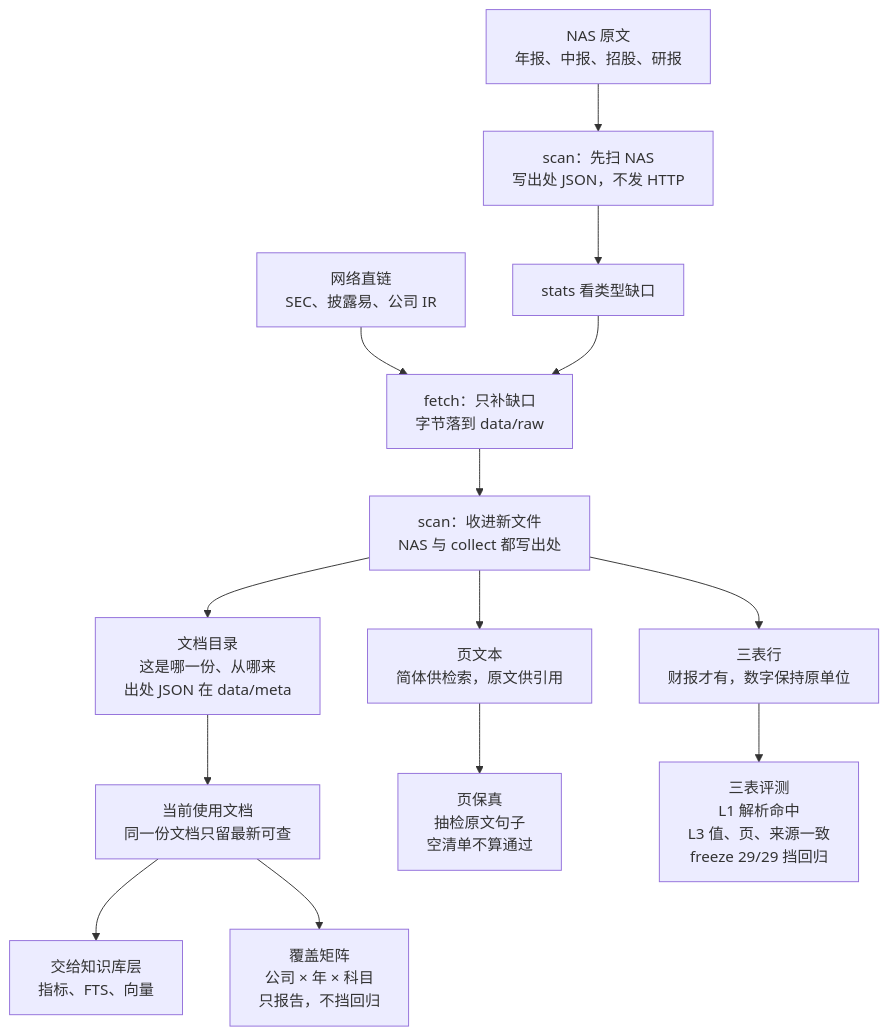
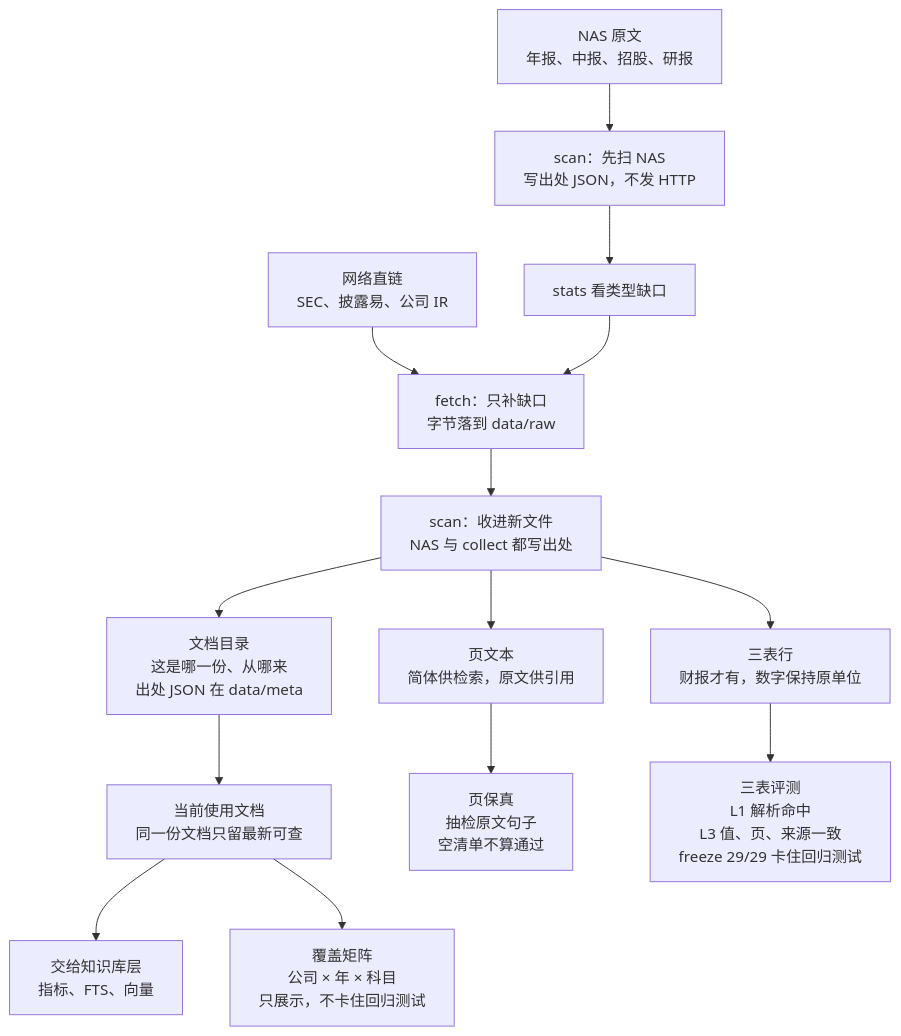
Before and after one commit to lyfxxxx/stock-kb: the third of 5 diagrams in docs/report-system.md, drawn with Mermaid. The commit also changed other lines of this file and 19 other files, not shown here.

````diff
--- a/docs/report-system.md
+++ b/docs/report-system.md
@@ -130,25 +130,25 @@
 ```mermaid
 flowchart TB
   nas[NAS 原文<br/>年报、中报、招股、研报]
   scanNas[scan：先扫 NAS<br/>写出处 JSON，不发 HTTP]
   stats[stats 看类型缺口]
   web[网络直链<br/>SEC、披露易、公司 IR]
   fetch[fetch：只补缺口<br/>字节落到 data/raw]
   scanIn[scan：收进新文件<br/>NAS 与 collect 都写出处]
   catalog[文档目录<br/>这是哪一份、从哪来<br/>出处 JSON 在 data/meta]
   pages[页文本<br/>简体供检索，原文供引用]
   stmts[三表行<br/>财报才有，数字保持原单位]
   live[当前使用文档<br/>同一份文档只留最新可查]
   fid[页保真<br/>抽检原文句子<br/>空清单不算通过]
-  st[三表评测<br/>L1 解析命中<br/>L3 值、页、来源一致<br/>freeze 29/29 挡回归]
-  cov[覆盖矩阵<br/>公司 × 年 × 科目<br/>只报告，不挡回归]
+  st[三表评测<br/>L1 解析命中<br/>L3 值、页、来源一致<br/>freeze 29/29 卡住回归测试]
+  cov[覆盖矩阵<br/>公司 × 年 × 科目<br/>只展示，不卡住回归测试]
   kb[交给知识库层<br/>指标、FTS、向量]
 
   nas --> scanNas --> stats
   web --> fetch
   stats --> fetch --> scanIn
   scanIn --> catalog --> live --> kb
   scanIn --> pages --> fid
   scanIn --> stmts --> st
   live --> cov
 ```
````
